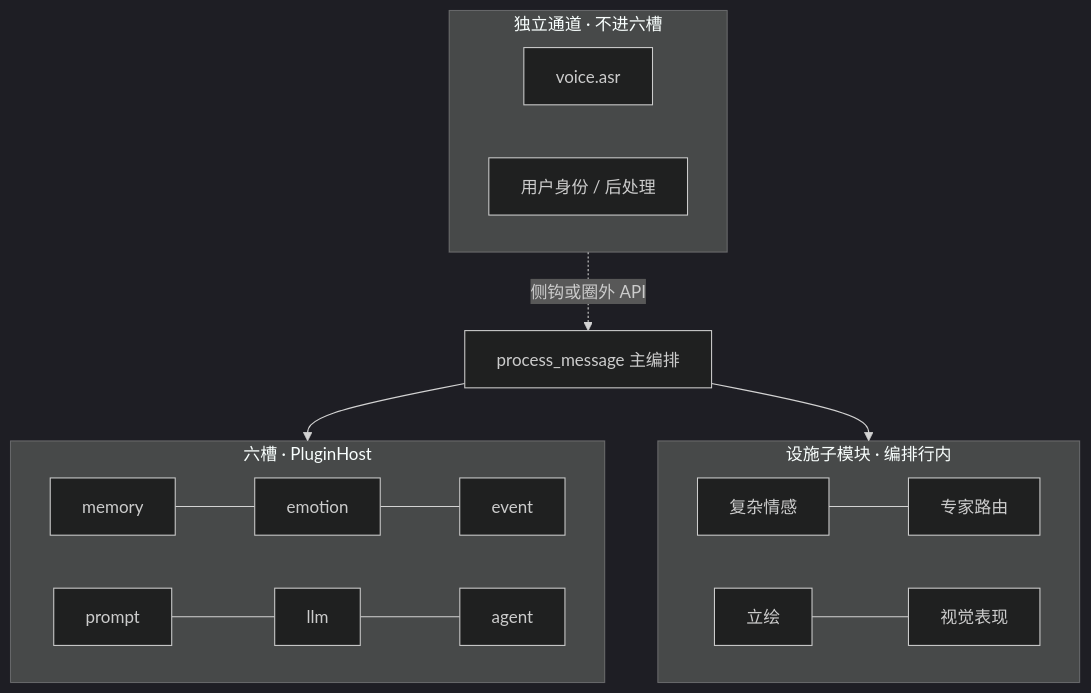
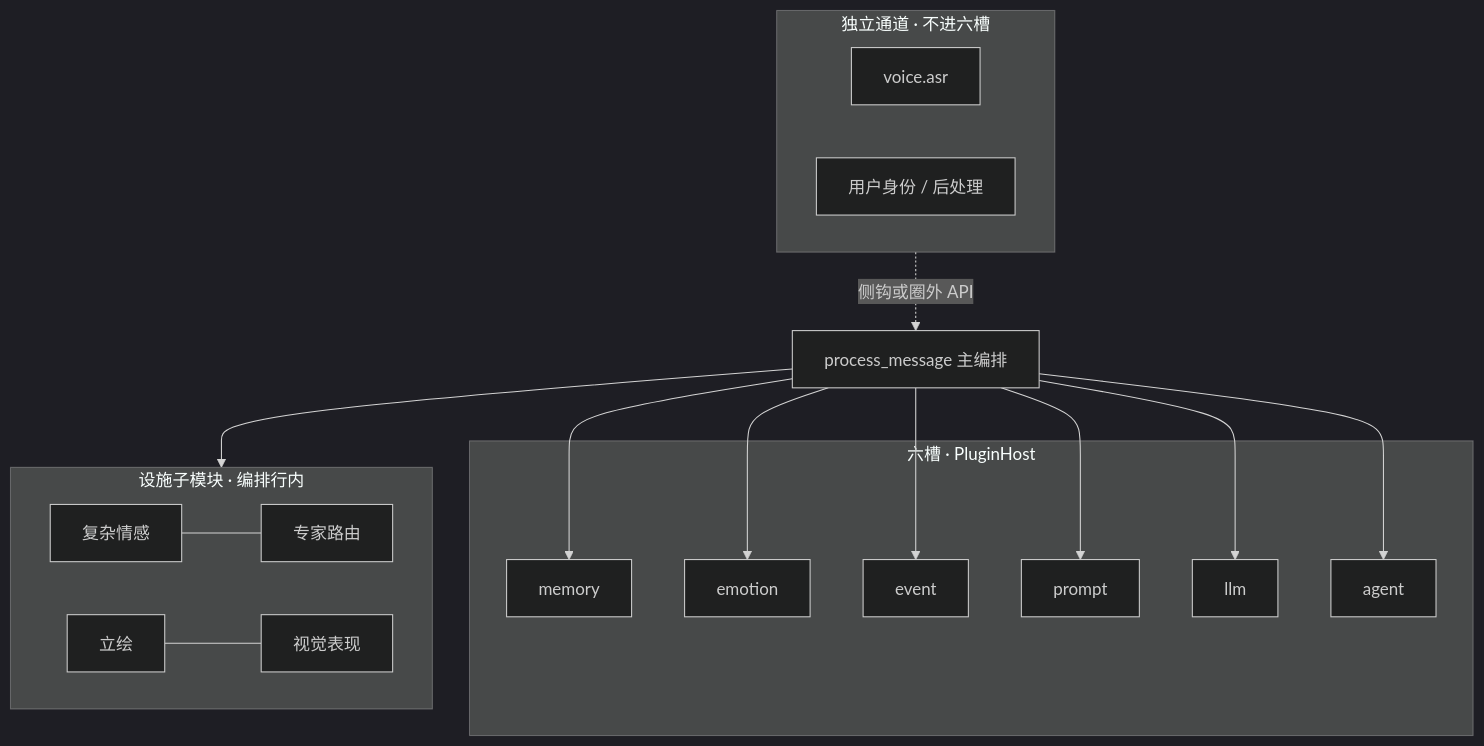
Before and after one commit to linkaiheng2233-cyber/oclivenewnew: the first of 2 diagrams in README.md, drawn with Mermaid (dark theme). The commit also changed other lines of this file and 231 other files, not shown here.

Commit message:
docs(architecture): align project around tool kernel

````diff
--- a/README.md
+++ b/README.md
@@ -135,19 +138,28 @@
 ```mermaid
 flowchart TB
   PM[process_message 主编排]
   subgraph slots["六槽 · PluginHost"]
-    M1[memory] --- M2[emotion] --- M3[event]
-    M4[prompt] --- M5[llm] --- M6[agent]
+    M1[memory]
+    M2[emotion]
+    M3[event]
+    M4[prompt]
+    M5[llm]
+    M6[agent]
   end
   subgraph fac["设施子模块 · 编排行内"]
     F1[复杂情感] --- F2[专家路由]
     F3[立绘] --- F4[视觉表现]
   end
   subgraph side["独立通道 · 不进六槽"]
     S1[voice.asr]
     S2[用户身份 / 后处理]
   end
-  PM --> slots
+  PM --> M1
+  PM --> M2
+  PM --> M3
+  PM --> M4
+  PM --> M5
+  PM --> M6
   PM --> fac
   side -.->|侧钩或圈外 API| PM
 ```
````
